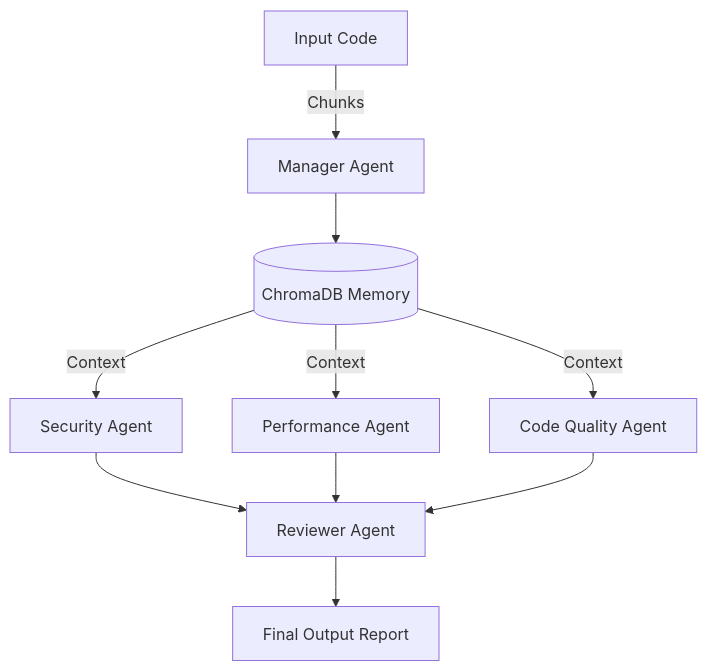
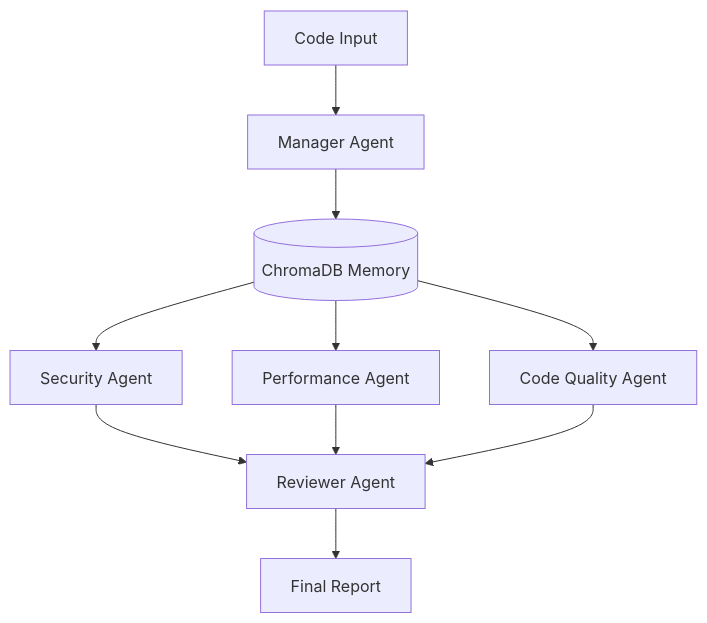
Before and after one commit to urumb/multi-agent-code-auditor: the diagram in README.md, drawn with Mermaid. The commit also changed other lines of this file and 6 other files, not shown here.

````diff
--- a/README.md
+++ b/README.md
@@ -18,15 +19,15 @@
 ```mermaid
 graph TD
-    A[Input Code] -->|Chunks| B[Manager Agent]
+    A[Code Input] --> B[Manager Agent]
     B --> C[(ChromaDB Memory)]
 
-    C -->|Context| D[Security Agent]
-    C -->|Context| E[Performance Agent]
-    C -->|Context| F[Code Quality Agent]
+    C --> D[Security Agent]
+    C --> E[Performance Agent]
+    C --> F[Code Quality Agent]
 
     D --> G[Reviewer Agent]
     E --> G
     F --> G
 
-    G --> H[Final Output Report]
+    G --> H[Final Report]
 ```
````
